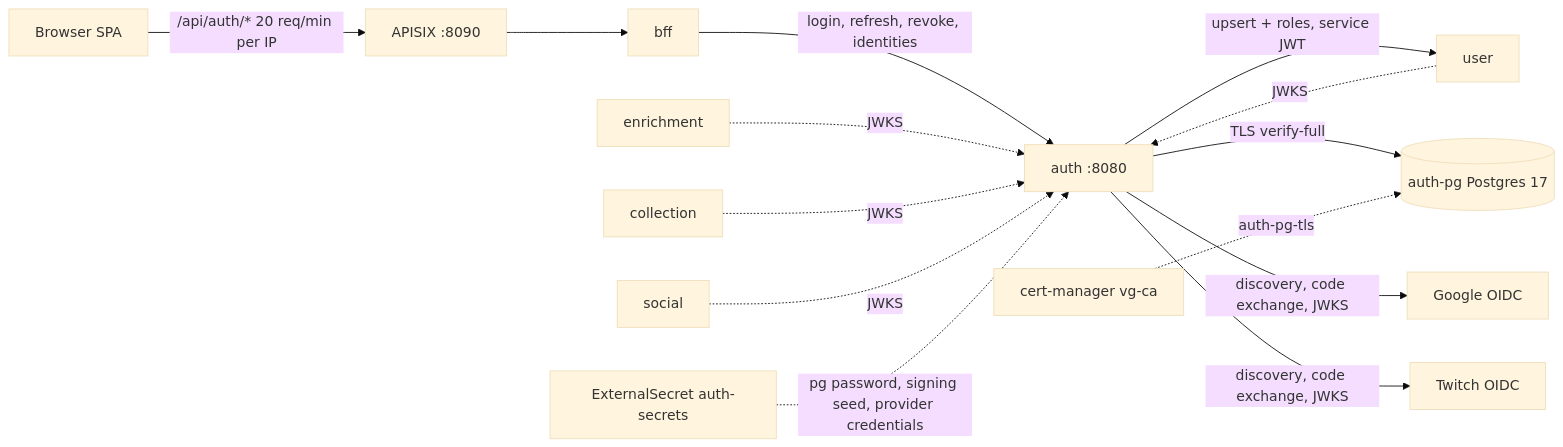
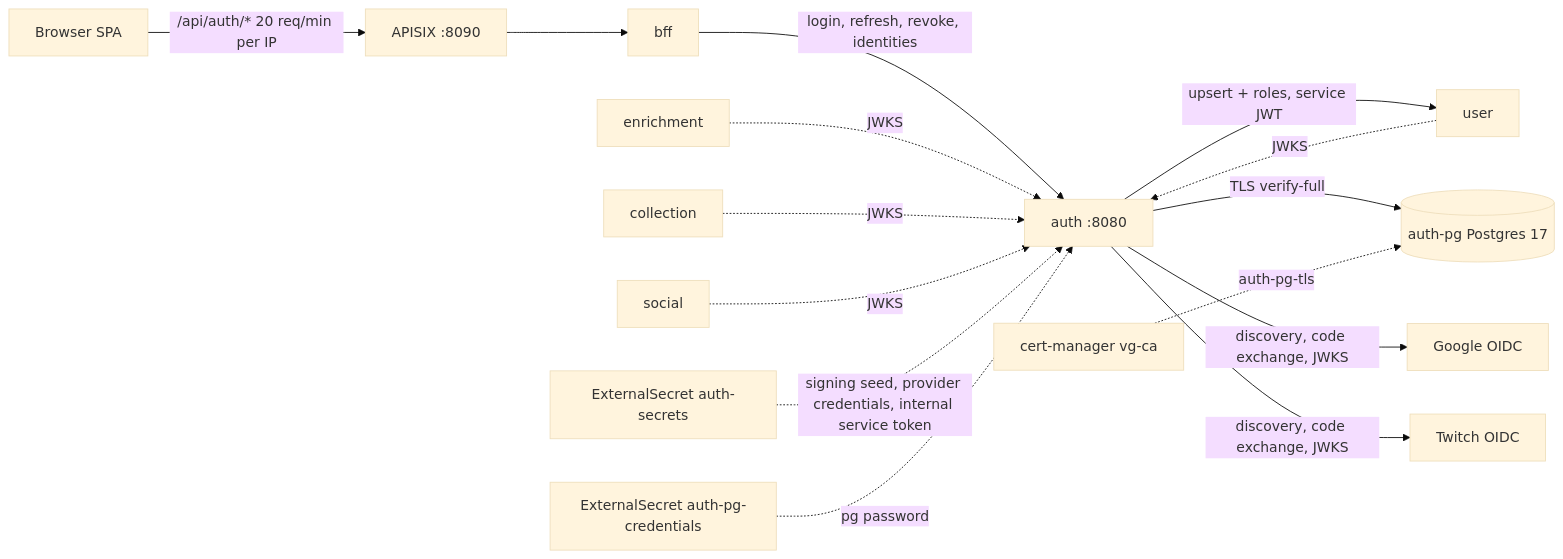
The first of 2 diagrams in docs/runbooks/auth.md (levonn-dev/vg-collect), drawn with Mermaid (base theme) before and after one commit. The commit also changed other lines of this file and 2 other files, not shown here.

Commit message:
docs(deploy): vg-lib library chart and the helm:deps vendoring flow

````diff
--- a/docs/runbooks/auth.md
+++ b/docs/runbooks/auth.md
@@ -61,16 +61,17 @@
 ```mermaid
 graph LR
     browser[Browser SPA] -->|"/api/auth/* 20 req/min per IP"| apisix[APISIX :8090]
     apisix --> bff[bff]
     bff -->|"login, refresh, revoke, identities"| auth[auth :8080]
     user[user] -.->|"JWKS"| auth
     enrichment[enrichment] -.->|"JWKS"| auth
     collection[collection] -.->|"JWKS"| auth
     social[social] -.->|"JWKS"| auth
     auth -->|"upsert + roles, service JWT"| user
     auth -->|"TLS verify-full"| authpg[("auth-pg Postgres 17")]
     auth -->|"discovery, code exchange, JWKS"| google[Google OIDC]
     auth -->|"discovery, code exchange, JWKS"| twitch[Twitch OIDC]
-    eso[ExternalSecret auth-secrets] -.->|"pg password, signing seed, provider credentials"| auth
+    eso[ExternalSecret auth-secrets] -.->|"signing seed, provider credentials, internal service token"| auth
+    esopg[ExternalSecret auth-pg-credentials] -.->|"pg password"| auth
     certmgr[cert-manager vg-ca] -.->|"auth-pg-tls"| authpg
 ```
````
